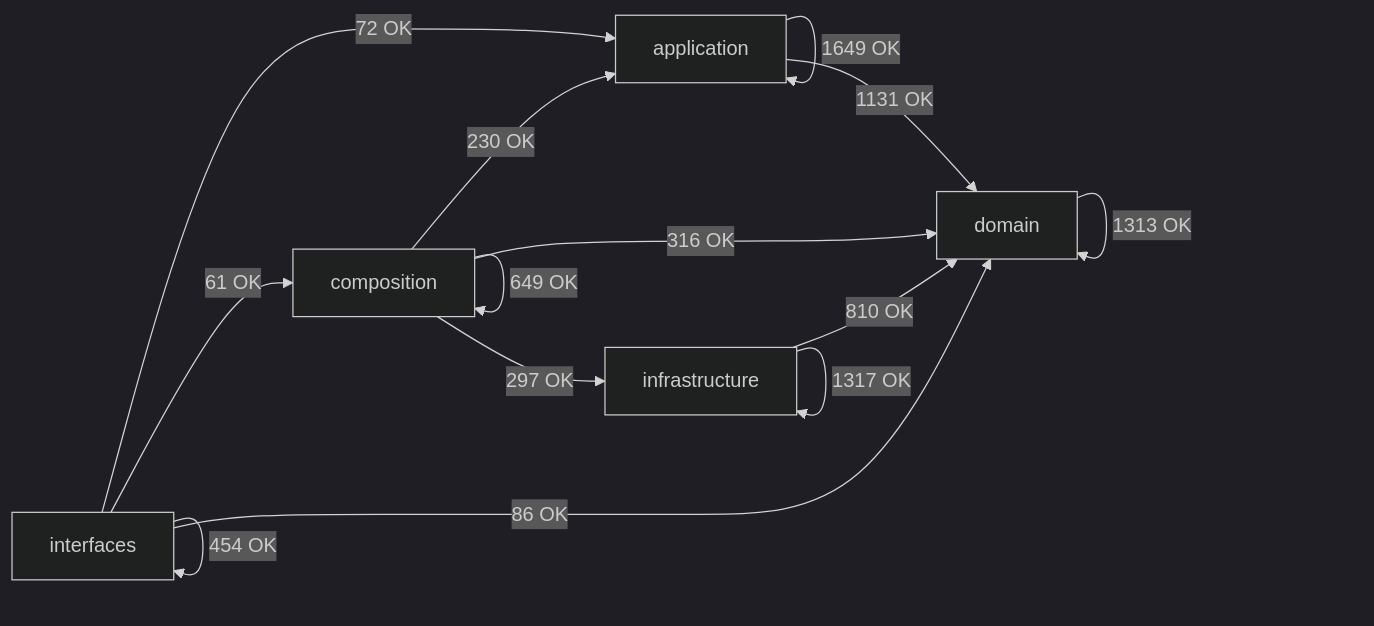
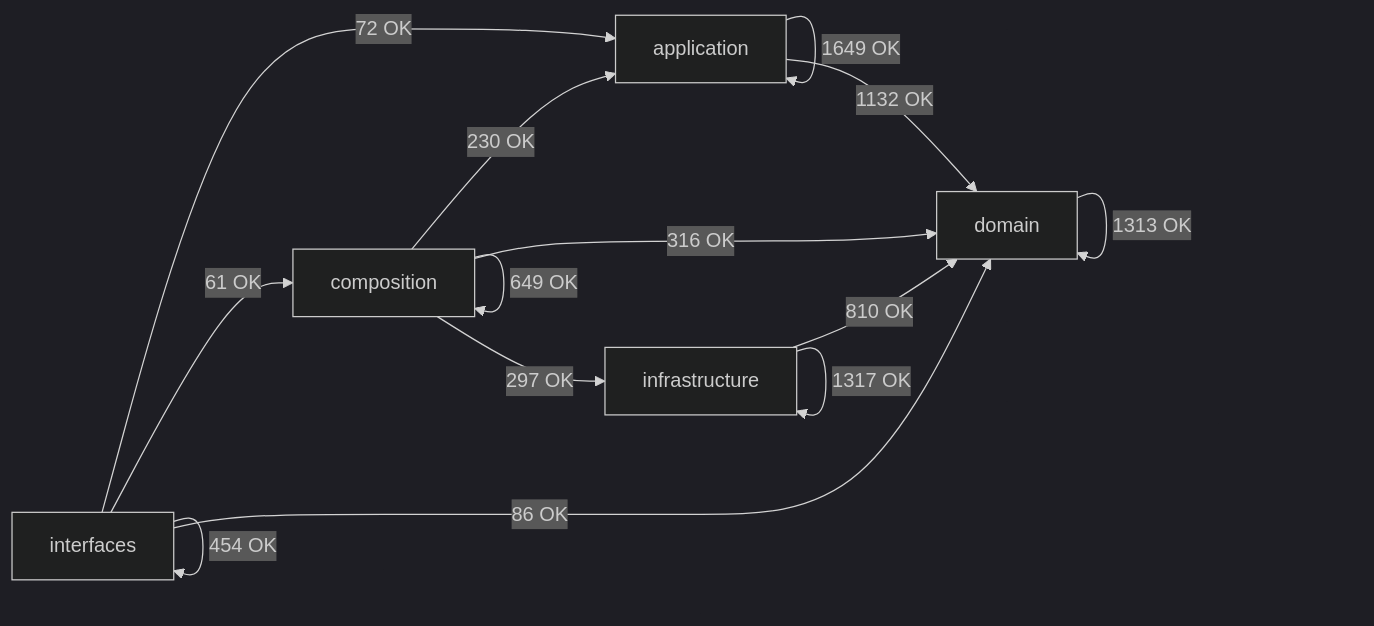
The diagram in docs/02-architecture/generated/module-dependency-map.md (SatoryKono/BioactivityDataAcquisition), drawn with Mermaid (dark theme) before and after one commit. The commit also changed other lines of this file and 34 other files, not shown here.

````diff
--- a/docs/02-architecture/generated/module-dependency-map.md
+++ b/docs/02-architecture/generated/module-dependency-map.md
@@ -17,21 +17,21 @@
 ```mermaid
 flowchart LR
     domain[domain]
     application[application]
     infrastructure[infrastructure]
     composition[composition]
     interfaces[interfaces]
     application -->|1649 OK| application
-    application -->|1131 OK| domain
+    application -->|1132 OK| domain
     composition -->|230 OK| application
     composition -->|649 OK| composition
     composition -->|316 OK| domain
     composition -->|297 OK| infrastructure
     domain -->|1313 OK| domain
     infrastructure -->|810 OK| domain
     infrastructure -->|1317 OK| infrastructure
     interfaces -->|72 OK| application
     interfaces -->|61 OK| composition
     interfaces -->|86 OK| domain
     interfaces -->|454 OK| interfaces
 ```
````
